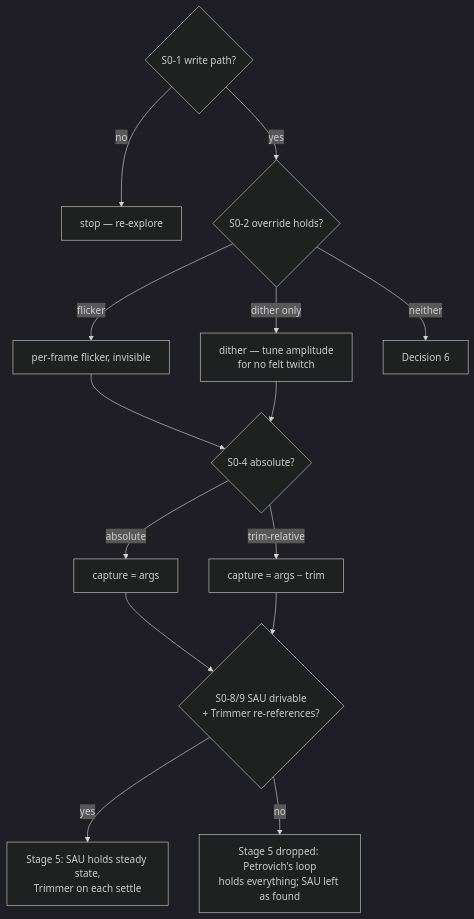
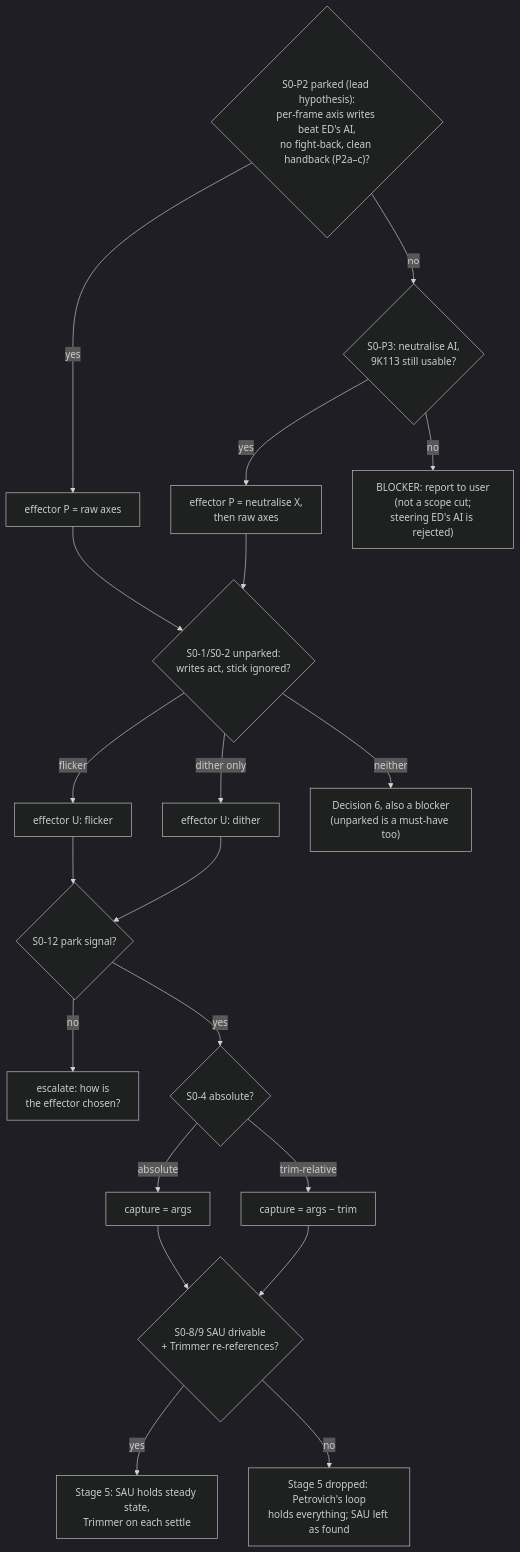
Before and after one commit to lightlyfallingrain/DCS-petrobrain: the third of 3 diagrams in plans/flight-control/plan.md, drawn with Mermaid (dark theme). The commit also changed other lines of this file and 1 other file, not shown here.

First line of the commit message:
BL-16 plan revised from goal check, answers and parked-controls input

````diff
--- a/plans/flight-control/plan.md
+++ b/plans/flight-control/plan.md
@@ -137,16 +308,22 @@
 ```mermaid
 flowchart TD
-  S1{"S0-1 write path?"} -->|no| X["stop — re-explore"]
-  S1 -->|yes| S2{"S0-2 override holds?"}
-  S2 -->|"flicker"| W1["per-frame flicker, invisible"]
-  S2 -->|"dither only"| W2["dither — tune amplitude\nfor no felt twitch"]
-  S2 -->|"neither"| D6["Decision 6"]
-  W1 --> S4{"S0-4 absolute?"}
-  W2 --> S4
+  P{"S0-P2 parked (lead hypothesis):\nper-frame axis writes beat ED's AI,\nno fight-back, clean handback (P2a–c)?"} -->|yes| PU["effector P = raw axes"]
+  P -->|no| P3{"S0-P3: neutralise AI,\n9K113 still usable?"}
+  P3 -->|yes| PN["effector P = neutralise X,\nthen raw axes"]
+  P3 -->|no| BLK["BLOCKER: report to user\n(not a scope cut;\nsteering ED's AI is rejected)"]
+  PU --> U
+  PN --> U
+  U{"S0-1/S0-2 unparked:\nwrites act, stick ignored?"} -->|"flicker"| W1["effector U: flicker"]
+  U -->|"dither only"| W2["effector U: dither"]
+  U -->|"neither"| D6["Decision 6, also a blocker\n(unparked is a must-have too)"]
+  W1 --> SIG{"S0-12 park signal?"}
+  W2 --> SIG
+  SIG -->|no| ESC["escalate: how is\nthe effector chosen?"]
+  SIG -->|yes| S4{"S0-4 absolute?"}
   S4 -->|absolute| C1["capture = args"]
   S4 -->|trim-relative| C2["capture = args − trim"]
   C1 --> S8{"S0-8/9 SAU drivable\n+ Trimmer re-references?"}
   C2 --> S8
   S8 -->|yes| SA["Stage 5: SAU holds steady state,\nTrimmer on each settle"]
   S8 -->|no| SB["Stage 5 dropped: Petrovich's loop\nholds everything; SAU left as found"]
 ```
````
